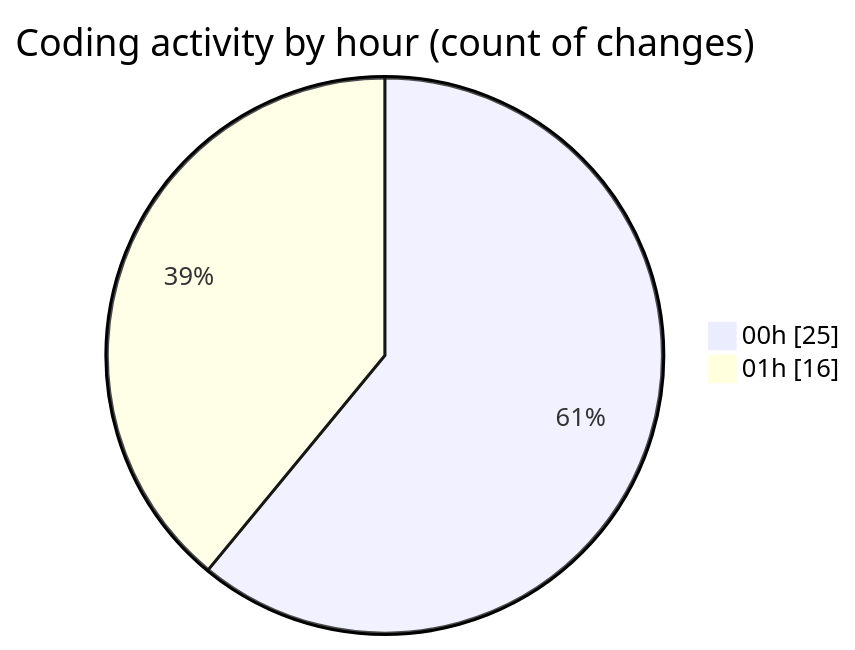
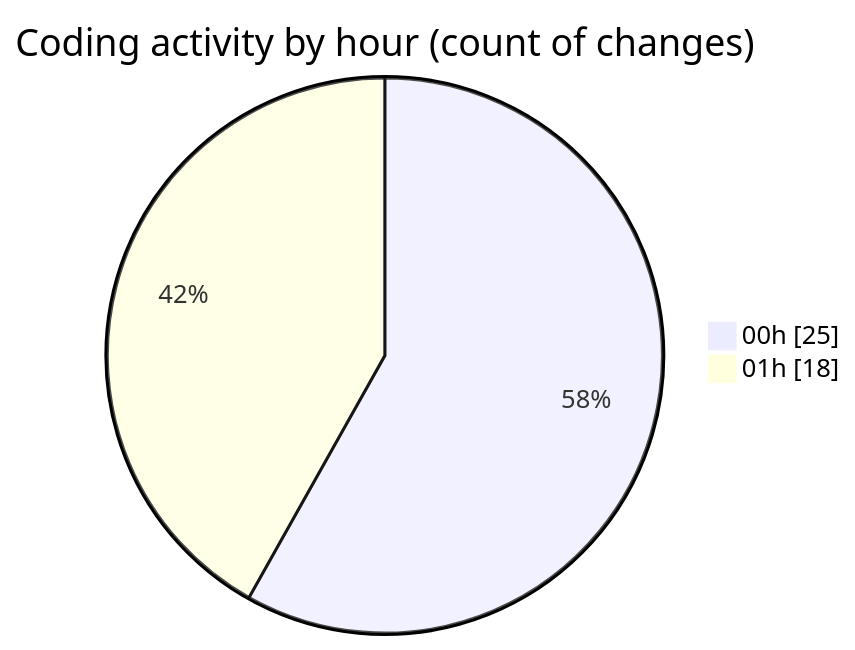
One commit to EIIisD/code-tracking changed the second of 2 diagrams in 2025-07-18/ribbon/README.md. Above: the diagram before and after it, drawn with Mermaid. The commit also changed other lines of this file and 1 other file, not shown here.

````diff
--- a/2025-07-18/ribbon/README.md
+++ b/2025-07-18/ribbon/README.md
@@ -36,6 +36,6 @@
 ```mermaid
 pie showData
 title Coding activity by hour (count of changes)
 "00h" : 25
-"01h" : 16
+"01h" : 18
 ```
````
